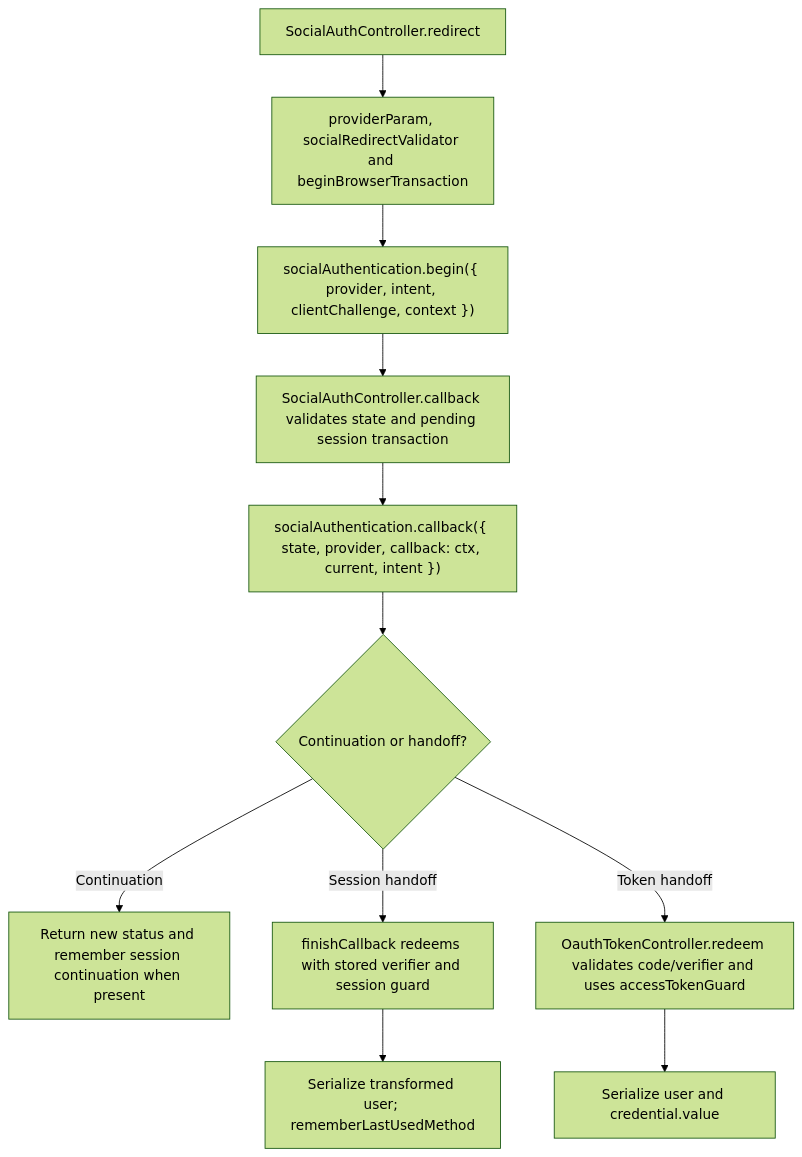
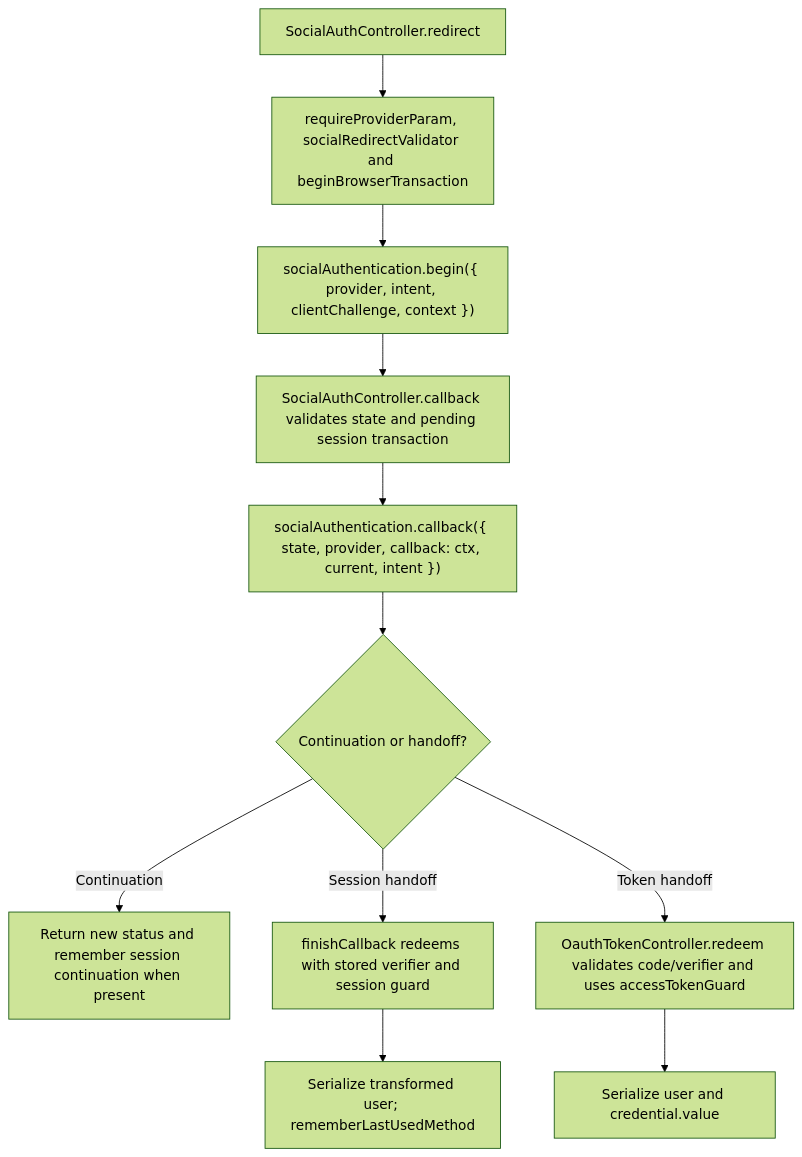
The second of 2 diagrams in user-stories/api/us-api-04-social-sign-in.md (Kevinjohn/oss-adonisjs-starter-examples), drawn with Mermaid (forest theme) before and after one commit. The commit also changed 27 other files, not shown here.

````diff
--- a/user-stories/api/us-api-04-social-sign-in.md
+++ b/user-stories/api/us-api-04-social-sign-in.md
@@ -45,13 +45,13 @@
 ```mermaid
 flowchart TD
-    A["SocialAuthController.redirect"] --> B["providerParam, socialRedirectValidator and beginBrowserTransaction"]
+    A["SocialAuthController.redirect"] --> B["requireProviderParam, socialRedirectValidator and beginBrowserTransaction"]
     B --> C["socialAuthentication.begin({ provider, intent, clientChallenge, context })"]
     C --> D["SocialAuthController.callback validates state and pending session transaction"]
     D --> E["socialAuthentication.callback({ state, provider, callback: ctx, current, intent })"]
     E --> F{"Continuation or handoff?"}
     F -->|Continuation| G["Return new status and remember session continuation when present"]
     F -->|Session handoff| H["finishCallback redeems with stored verifier and session guard"]
     F -->|Token handoff| I["OauthTokenController.redeem validates code/verifier and uses accessTokenGuard"]
     H --> J["Serialize transformed user; rememberLastUsedMethod"]
     I --> K["Serialize user and credential.value"]
 ```
````
